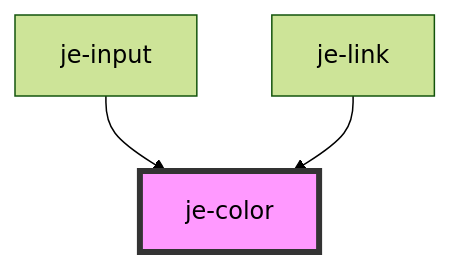
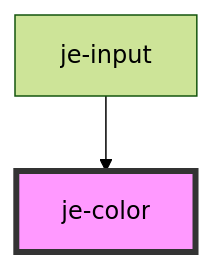
The diagram in packages/docs/docs/components/je-color/readme.md (pgreen00/jebamo), drawn with Mermaid (forest theme) before and after one commit. The commit also changed other lines of this file and 228 other files, not shown here.

````diff
--- a/packages/docs/docs/components/je-color/readme.md
+++ b/packages/docs/docs/components/je-color/readme.md
@@ -25,6 +24,5 @@
 ```mermaid
 graph TD;
   je-input --> je-color
-  je-link --> je-color
   style je-color fill:#f9f,stroke:#333,stroke-width:4px
 ```
````
